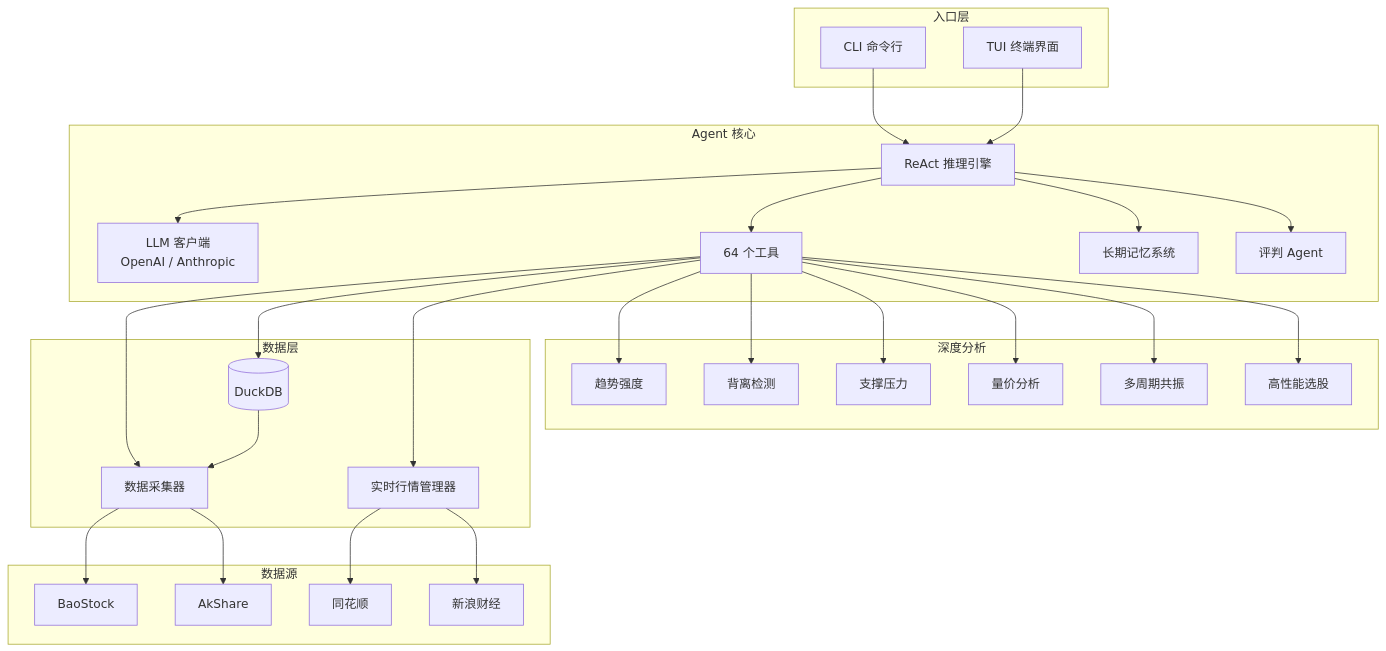
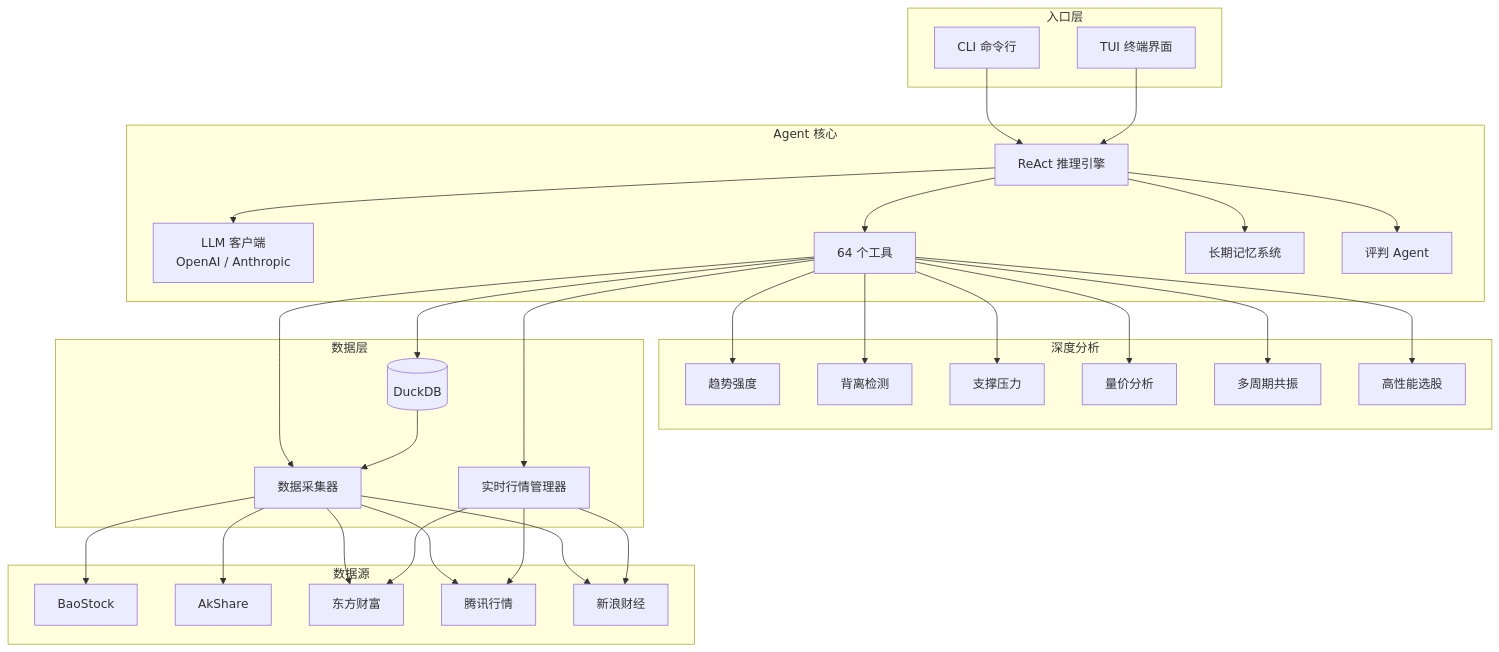
Before and after one commit to wwyharry/DeepPulse: the diagram in README.md, drawn with Mermaid. The commit also changed other lines of this file and 16 other files, not shown here.

````diff
--- a/README.md
+++ b/README.md
@@ -36,49 +36,50 @@
 ```mermaid
 graph TB
     subgraph 入口层
         CLI[CLI 命令行]
         TUI[TUI 终端界面]
     end
 
     subgraph Agent 核心
         REACT[ReAct 推理引擎]
         CLIENT[LLM 客户端<br/>OpenAI / Anthropic]
         TOOLS[64 个工具]
         MEMORY[长期记忆系统]
         JUDGE[评判 Agent]
     end
 
     subgraph 深度分析
         TREND[趋势强度]
         DIV[背离检测]
         SR[支撑压力]
         VP[量价分析]
         CONF[多周期共振]
         SCREEN[高性能选股]
     end
 
     subgraph 数据层
         DB[(DuckDB)]
         COLLECT[数据采集器]
         REALTIME[实时行情管理器]
     end
 
     subgraph 数据源
         BS[BaoStock]
         AK[AkShare]
-        THS[同花顺]
+        EM[东方财富]
+        TX[腾讯行情]
         SINA[新浪财经]
     end
 
     CLI --> REACT
     TUI --> REACT
     REACT --> CLIENT
     REACT --> TOOLS
     REACT --> MEMORY
     REACT --> JUDGE
     TOOLS --> TREND & DIV & SR & VP & CONF & SCREEN
     TOOLS --> DB & REALTIME & COLLECT
-    COLLECT --> BS & AK
-    REALTIME --> SINA & THS
+    COLLECT --> BS & AK & EM & TX & SINA
+    REALTIME --> SINA & TX & EM
     DB --> COLLECT
 ```
````
